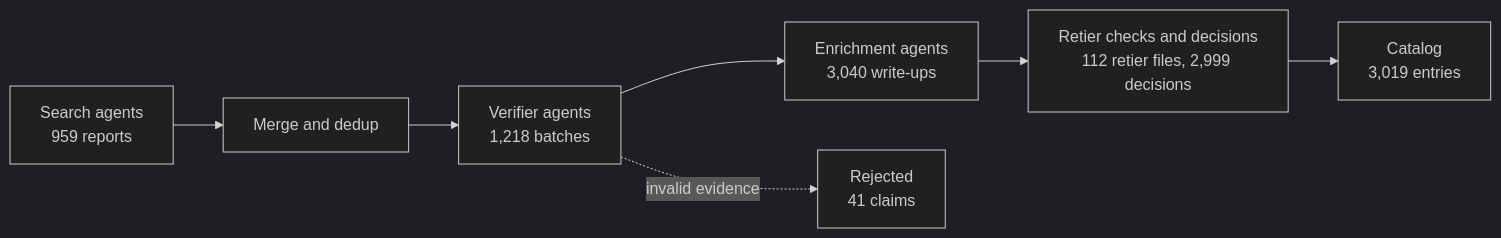
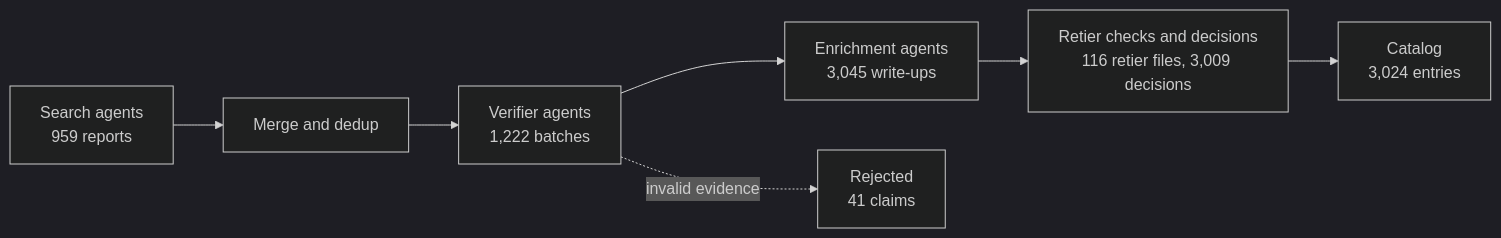
Before and after one commit to harrisjib216/fastplusplus: the diagram in README.md, drawn with Mermaid (dark theme). The commit also changed other lines of this file and 26 other files, not shown here.

First line of the commit message:
data: wave 1 verify batches 86-87, wave 14 batch 120 (VerneMQ) and shortcomings; apply wave 2/11/12/14 verdicts and enricher retiers, re-render catalog

````diff
--- a/README.md
+++ b/README.md
@@ -116,9 +116,9 @@
 ```mermaid
 flowchart LR
   S["Search agents<br/>959 reports"] --> M["Merge and dedup"]
-  M --> V["Verifier agents<br/>1,218 batches"]
-  V --> E["Enrichment agents<br/>3,040 write-ups"]
-  E --> R["Retier checks and decisions<br/>112 retier files, 2,999 decisions"]
-  R --> C["Catalog<br/>3,019 entries"]
+  M --> V["Verifier agents<br/>1,222 batches"]
+  V --> E["Enrichment agents<br/>3,045 write-ups"]
+  E --> R["Retier checks and decisions<br/>116 retier files, 3,009 decisions"]
+  R --> C["Catalog<br/>3,024 entries"]
   V -. invalid evidence .-> X["Rejected<br/>41 claims"]
 ```
````
